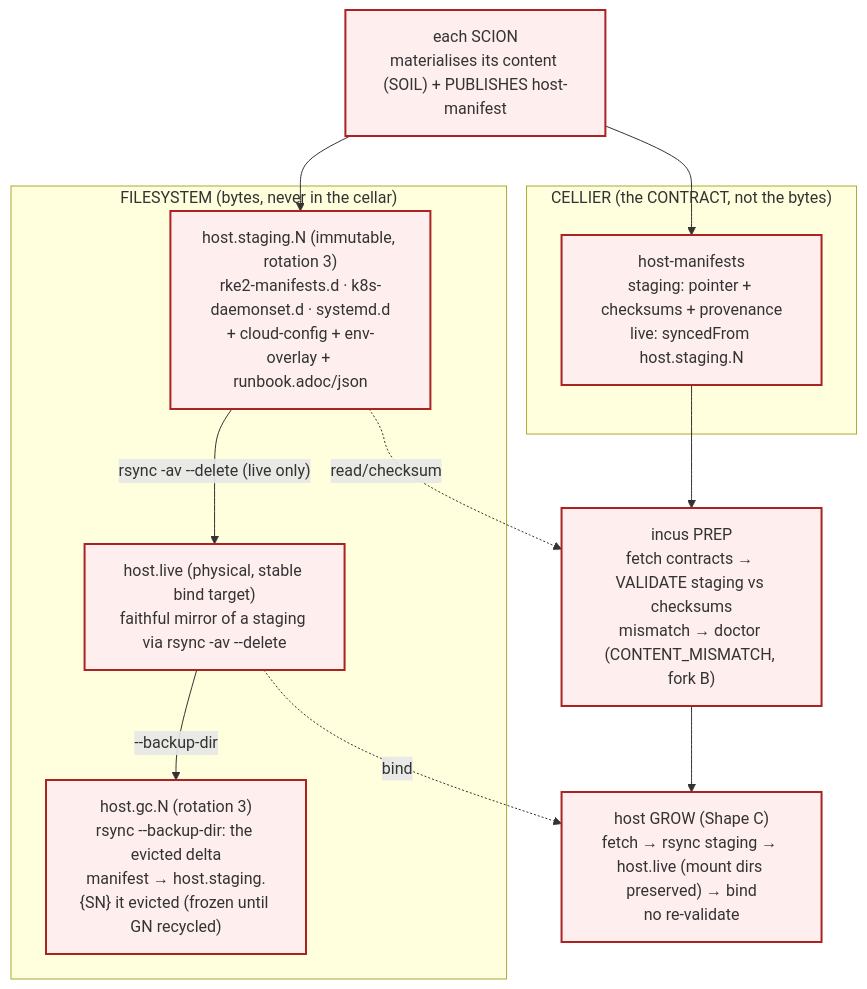
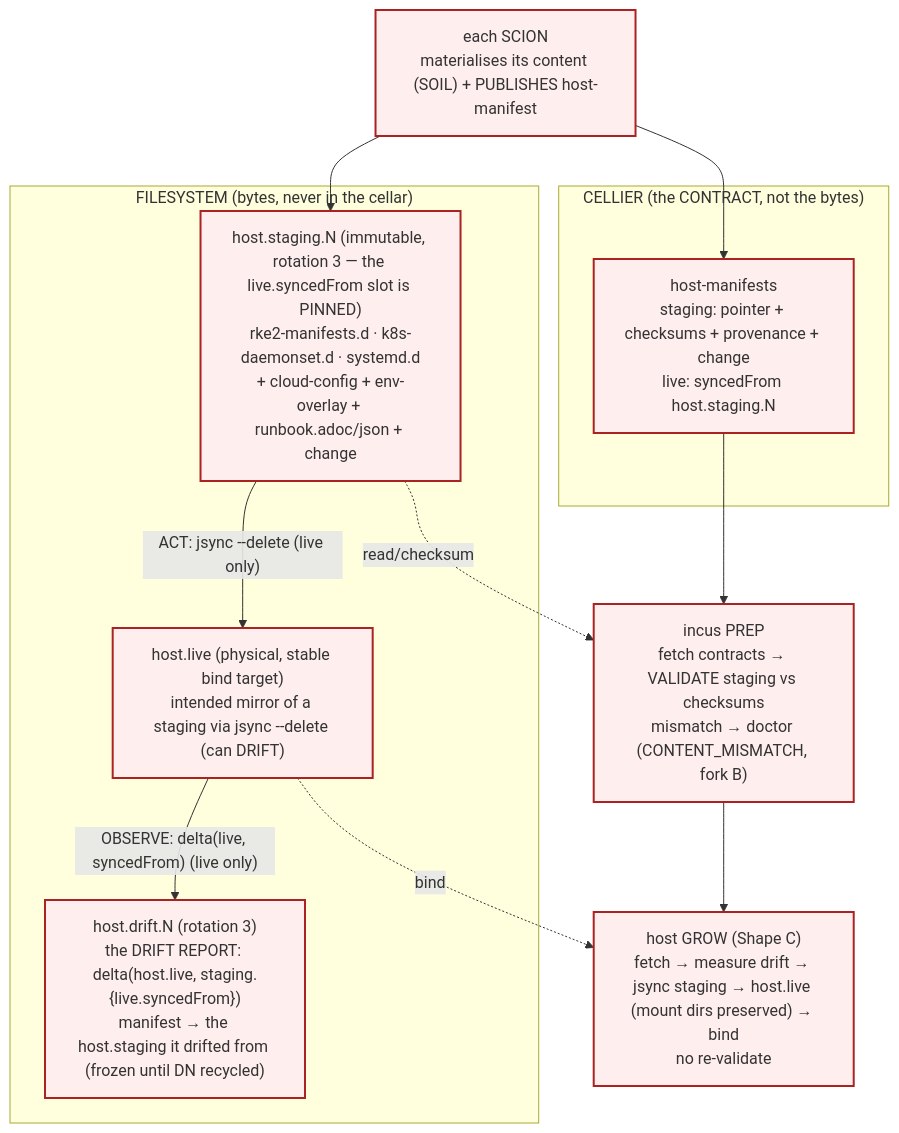
Before and after one commit to nxmatic/rke2lab: the seventh of 7 diagrams in docs/architecture/atlas/seed.adoc, drawn with Mermaid. The commit also changed other lines of this file and 2 other files, not shown here.

First line of the commit message:
docs(host-cellar): I6 model — host.drift.N + the two deltas (jsync ACTS, java-diff-utils OBSERVES)

```diff
--- a/docs/architecture/atlas/seed.adoc
+++ b/docs/architecture/atlas/seed.adoc
@@ -539,26 +554,26 @@
 [mermaid]
 ....
 flowchart TB
   subgraph fs["FILESYSTEM (bytes, never in the cellar)"]
-    stg["host.staging.N (immutable, rotation 3)<br/>rke2-manifests.d · k8s-daemonset.d · systemd.d<br/>+ cloud-config + env-overlay + runbook.adoc/json"]
-    live["host.live (physical, stable bind target)<br/>faithful mirror of a staging via rsync -av --delete"]
-    gc["host.gc.N (rotation 3)<br/>rsync --backup-dir: the evicted delta<br/>manifest → host.staging.{SN} it evicted (frozen until GN recycled)"]
+    stg["host.staging.N (immutable, rotation 3 — the live.syncedFrom slot is PINNED)<br/>rke2-manifests.d · k8s-daemonset.d · systemd.d<br/>+ cloud-config + env-overlay + runbook.adoc/json + change"]
+    live["host.live (physical, stable bind target)<br/>intended mirror of a staging via jsync --delete (can DRIFT)"]
+    drift["host.drift.N (rotation 3)<br/>the DRIFT REPORT: delta(host.live, staging.{live.syncedFrom})<br/>manifest → the host.staging it drifted from (frozen until DN recycled)"]
   end
   subgraph cel["CELLIER (the CONTRACT, not the bytes)"]
-    hm["host-manifests<br/>staging: pointer + checksums + provenance<br/>live: syncedFrom host.staging.N"]
+    hm["host-manifests<br/>staging: pointer + checksums + provenance + change<br/>live: syncedFrom host.staging.N"]
   end
   scion["each SCION<br/>materialises its content (SOIL) + PUBLISHES host-manifest"]
   prep["incus PREP<br/>fetch contracts → VALIDATE staging vs checksums<br/>mismatch → doctor (CONTENT_MISMATCH, fork B)"]
-  grow["host GROW (Shape C)<br/>fetch → rsync staging → host.live (mount dirs preserved) → bind<br/>no re-validate"]
+  grow["host GROW (Shape C)<br/>fetch → measure drift → jsync staging → host.live (mount dirs preserved) → bind<br/>no re-validate"]
   scion --> stg
   scion --> hm
   hm --> prep
   stg -. read/checksum .-> prep
   prep --> grow
-  stg -->|"rsync -av --delete (live only)"| live
-  live -->|"--backup-dir"| gc
+  live -->|"OBSERVE: delta(live, syncedFrom) (live only)"| drift
+  stg -->|"ACT: jsync --delete (live only)"| live
   live -. bind .-> grow
   classDef done fill:#dfd,stroke:#2a2;
   classDef todo fill:#fee,stroke:#a22,stroke-width:2px;
-  class scion,prep,grow,stg,hm,live,gc todo;
+  class scion,prep,grow,stg,hm,live,drift todo;
 ....
```
